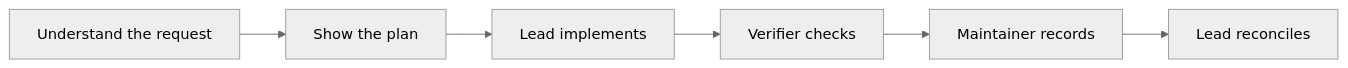
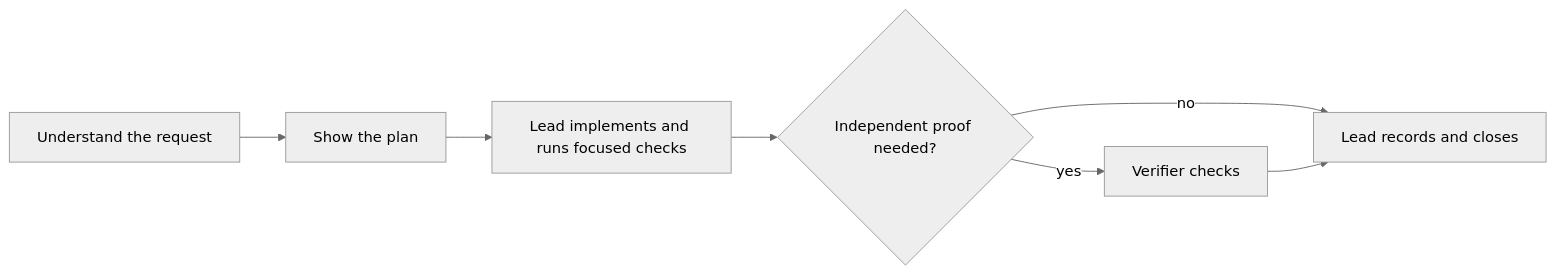
Before and after one commit to laikrodiz/lean-sdlc: the diagram in README.md, drawn with Mermaid (neutral theme). The commit also changed other lines of this file and 19 other files, not shown here.

```diff
--- a/README.md
+++ b/README.md
@@ -18,8 +18,9 @@
 ~~~mermaid
 flowchart LR
     A[Understand the request] --> B[Show the plan]
-    B --> C[Lead implements]
-    C --> D[Verifier checks]
-    D --> E[Maintainer records]
-    E --> F[Lead reconciles]
+    B --> C[Lead implements and runs focused checks]
+    C --> D{Independent proof needed?}
+    D -->|yes| E[Verifier checks]
+    D -->|no| F[Lead records and closes]
+    E --> F
 ~~~
```
